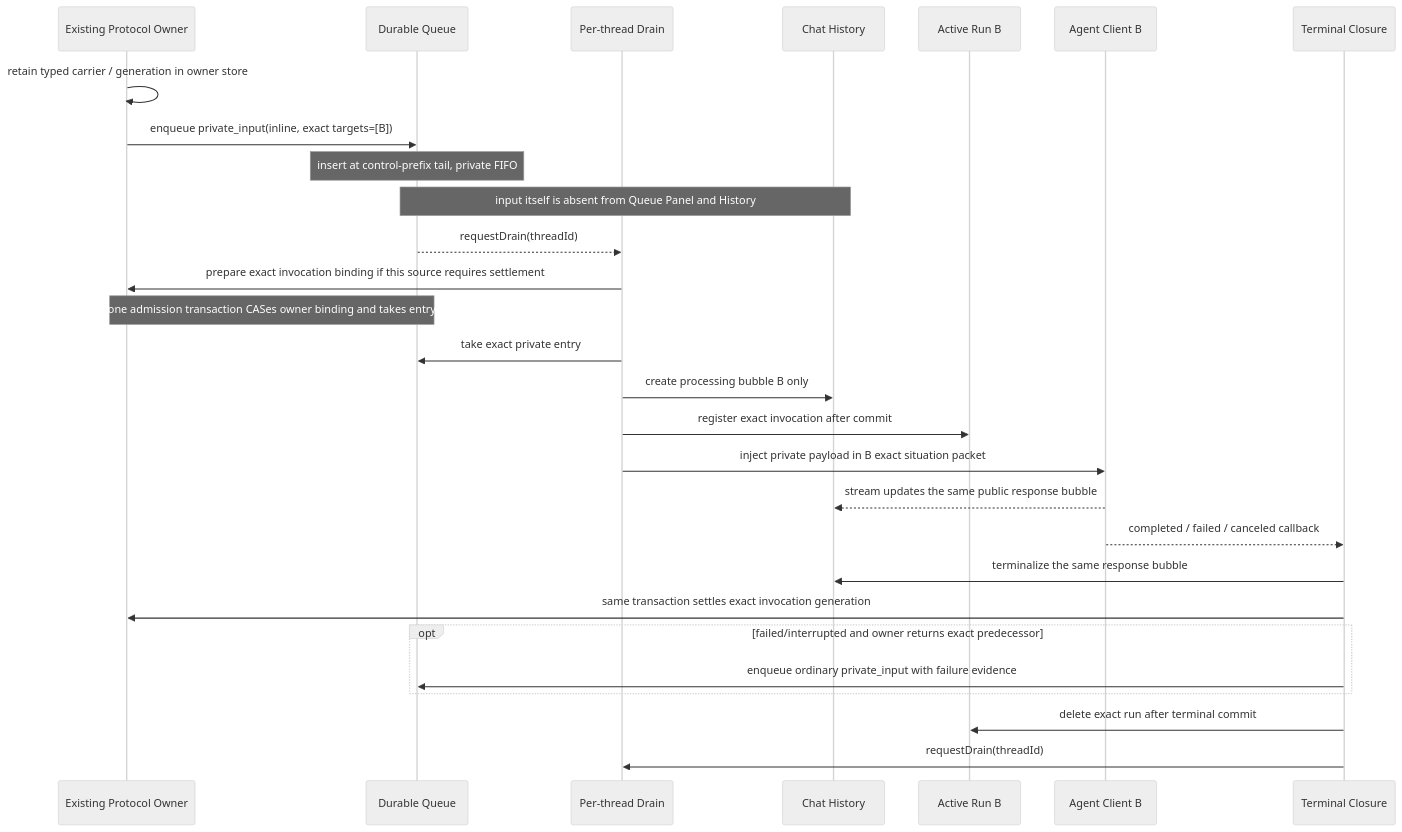
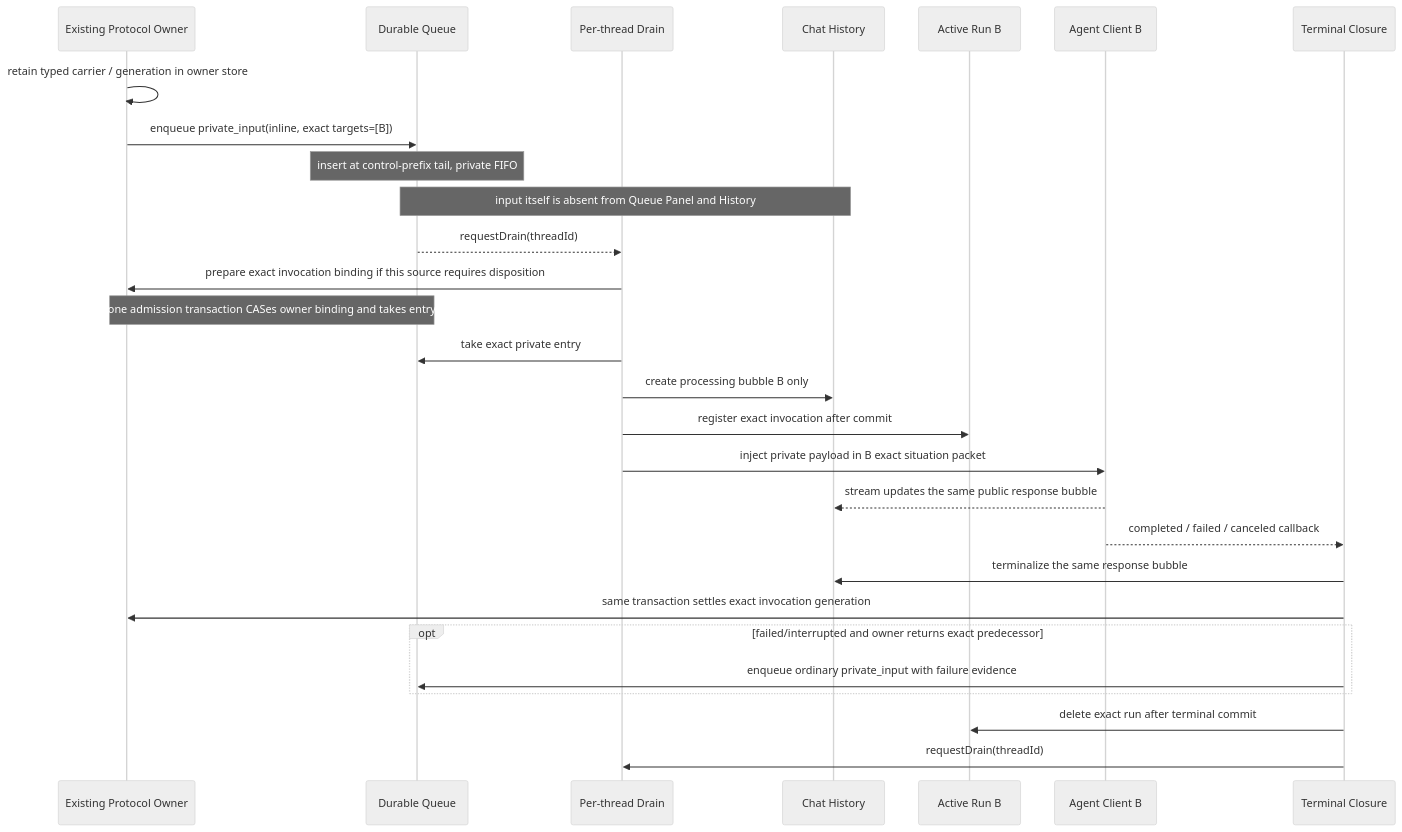
One commit to zts212653/clowder-ai changed the third of 8 diagrams in docs/architecture/message-delivery-handling-handoff-audit.md. Above: the diagram before and after it, drawn with Mermaid (neutral theme). The commit also changed other lines of this file, not shown here.

````diff
--- a/docs/architecture/message-delivery-handling-handoff-audit.md
+++ b/docs/architecture/message-delivery-handling-handoff-audit.md
@@ -161,31 +162,31 @@
 ```mermaid
 sequenceDiagram
     participant O as Existing Protocol Owner
     participant Q as Durable Queue
     participant D as Per-thread Drain
     participant H as Chat History
     participant R as Active Run B
     participant B as Agent Client B
     participant T as Terminal Closure
 
     O->>O: retain typed carrier / generation in owner store
     O->>Q: enqueue private_input(inline, exact targets=[B])
     Note over Q: insert at control-prefix tail, private FIFO
     Note over Q,H: input itself is absent from Queue Panel and History
     Q-->>D: requestDrain(threadId)
-    D->>O: prepare exact invocation binding if this source requires settlement
+    D->>O: prepare exact invocation binding if this source requires disposition
     Note over Q,O: one admission transaction CASes owner binding and takes entry
     D->>Q: take exact private entry
     D->>H: create processing bubble B only
     D->>R: register exact invocation after commit
     D->>B: inject private payload in B exact situation packet
     B-->>H: stream updates the same public response bubble
     B-->>T: completed / failed / canceled callback
     T->>H: terminalize the same response bubble
     T->>O: same transaction settles exact invocation generation
     opt failed/interrupted and owner returns exact predecessor
         T->>Q: enqueue ordinary private_input with failure evidence
     end
     T->>R: delete exact run after terminal commit
     T->>D: requestDrain(threadId)
 ```
````
